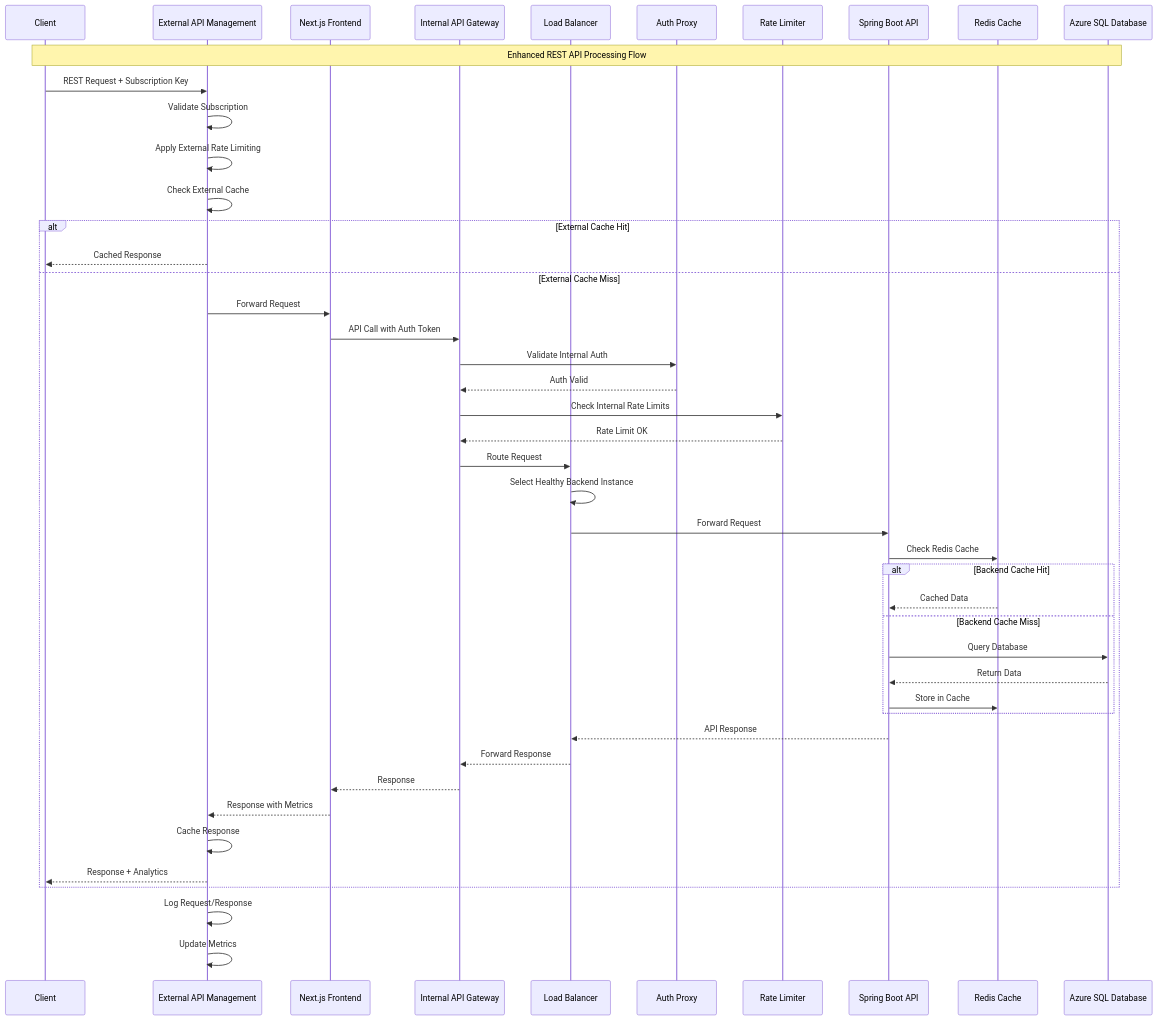
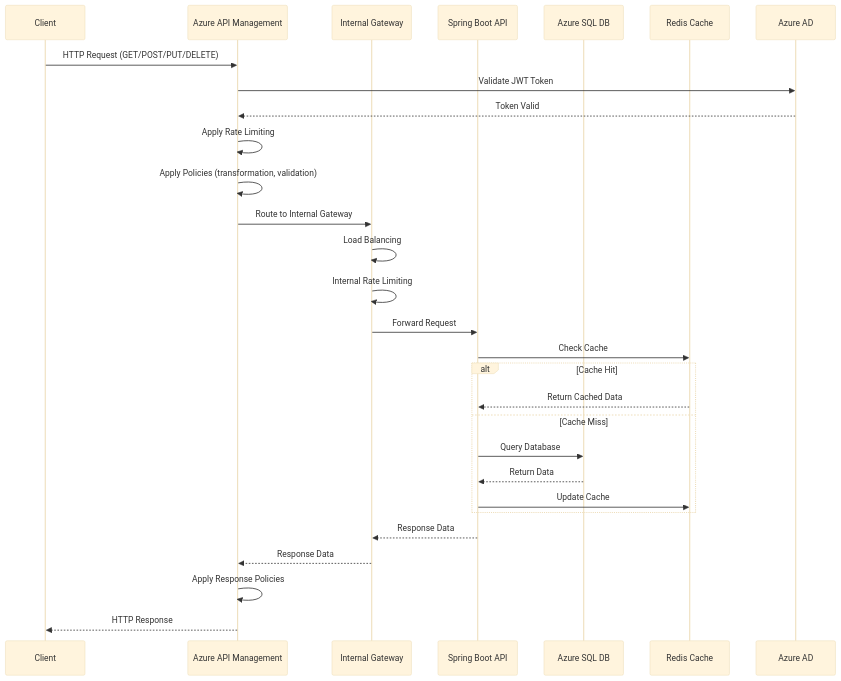
The second of 6 diagrams in docs/architecture/azure-api-management-architecture.md (calvinlee999/react_next_java_journey), drawn with Mermaid before and after one commit. The commit also changed other lines of this file and 2 other files, not shown here.

First line of the commit message:
📊 Split architecture: Clean API Management + Comprehensive Data & AI Platform

````diff
--- a/docs/architecture/azure-api-management-architecture.md
+++ b/docs/architecture/azure-api-management-architecture.md
@@ -274,55 +158,33 @@
 ```mermaid
+%%{init: {'theme':'base', 'themeVariables': {'fontSize': '12px', 'fontFamily': 'Arial, sans-serif'}}}%%
 sequenceDiagram
     participant Client
-    participant APIM as External API Management
-    participant Frontend as Next.js Frontend
-    participant InternalGW as Internal API Gateway
-    participant LoadBalancer as Load Balancer
-    participant Auth as Auth Proxy
-    participant RateLimit as Rate Limiter
-    participant Backend as Spring Boot API
+    participant APIM as Azure API Management
+    participant InternalGW as Internal Gateway
+    participant SpringBoot as Spring Boot API
+    participant DB as Azure SQL DB
     participant Cache as Redis Cache
-    participant DB as Azure SQL Database
+    participant AAD as Azure AD
 
-    Note over Client, DB: Enhanced REST API Processing Flow
-    
-    Client->>APIM: REST Request + Subscription Key
-    APIM->>APIM: Validate Subscription
-    APIM->>APIM: Apply External Rate Limiting
-    APIM->>APIM: Check External Cache
-    
-    alt External Cache Hit
-        APIM-->>Client: Cached Response
-    else External Cache Miss
-        APIM->>Frontend: Forward Request
-        Frontend->>InternalGW: API Call with Auth Token
-        
-        InternalGW->>Auth: Validate Internal Auth
-        Auth-->>InternalGW: Auth Valid
-        InternalGW->>RateLimit: Check Internal Rate Limits
-        RateLimit-->>InternalGW: Rate Limit OK
-        InternalGW->>LoadBalancer: Route Request
-        
-        LoadBalancer->>LoadBalancer: Select Healthy Backend Instance
-        LoadBalancer->>Backend: Forward Request
-        
-        Backend->>Cache: Check Redis Cache
-        alt Backend Cache Hit
-            Cache-->>Backend: Cached Data
-        else Backend Cache Miss
-            Backend->>DB: Query Database
-            DB-->>Backend: Return Data
-            Backend->>Cache: Store in Cache
-        end
-        
-        Backend-->>LoadBalancer: API Response
-        LoadBalancer-->>InternalGW: Forward Response
-        InternalGW-->>Frontend: Response
-        Frontend-->>APIM: Response with Metrics
-        APIM->>APIM: Cache Response
-        APIM-->>Client: Response + Analytics
+    Client->>APIM: HTTP Request (GET/POST/PUT/DELETE)
+    APIM->>AAD: Validate JWT Token
+    AAD-->>APIM: Token Valid
+    APIM->>APIM: Apply Rate Limiting
+    APIM->>APIM: Apply Policies (transformation, validation)
+    APIM->>InternalGW: Route to Internal Gateway
+    InternalGW->>InternalGW: Load Balancing
+    InternalGW->>InternalGW: Internal Rate Limiting
+    InternalGW->>SpringBoot: Forward Request
+    SpringBoot->>Cache: Check Cache
+    alt Cache Hit
+        Cache-->>SpringBoot: Return Cached Data
+    else Cache Miss
+        SpringBoot->>DB: Query Database
+        DB-->>SpringBoot: Return Data
+        SpringBoot->>Cache: Update Cache
     end
-
-    APIM->>APIM: Log Request/Response
-    APIM->>APIM: Update Metrics
+    SpringBoot-->>InternalGW: Response Data
+    InternalGW-->>APIM: Response Data
+    APIM->>APIM: Apply Response Policies
+    APIM-->>Client: HTTP Response
 ```
````
